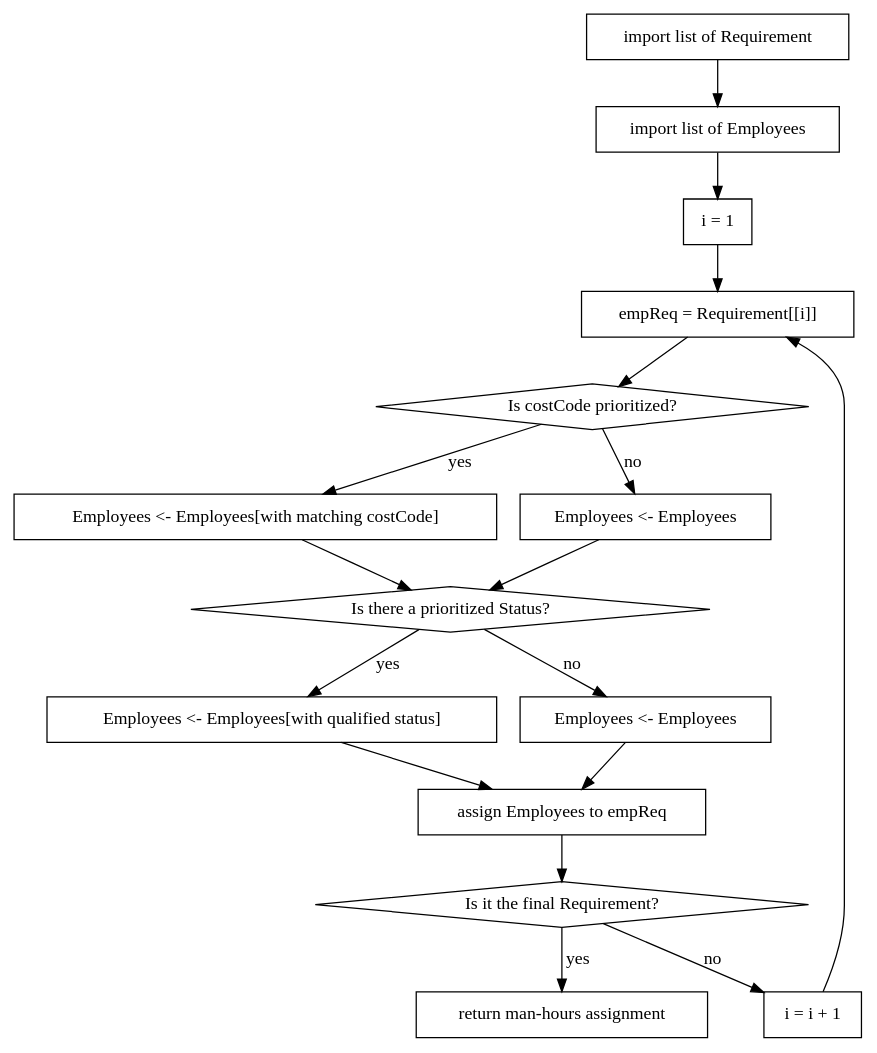
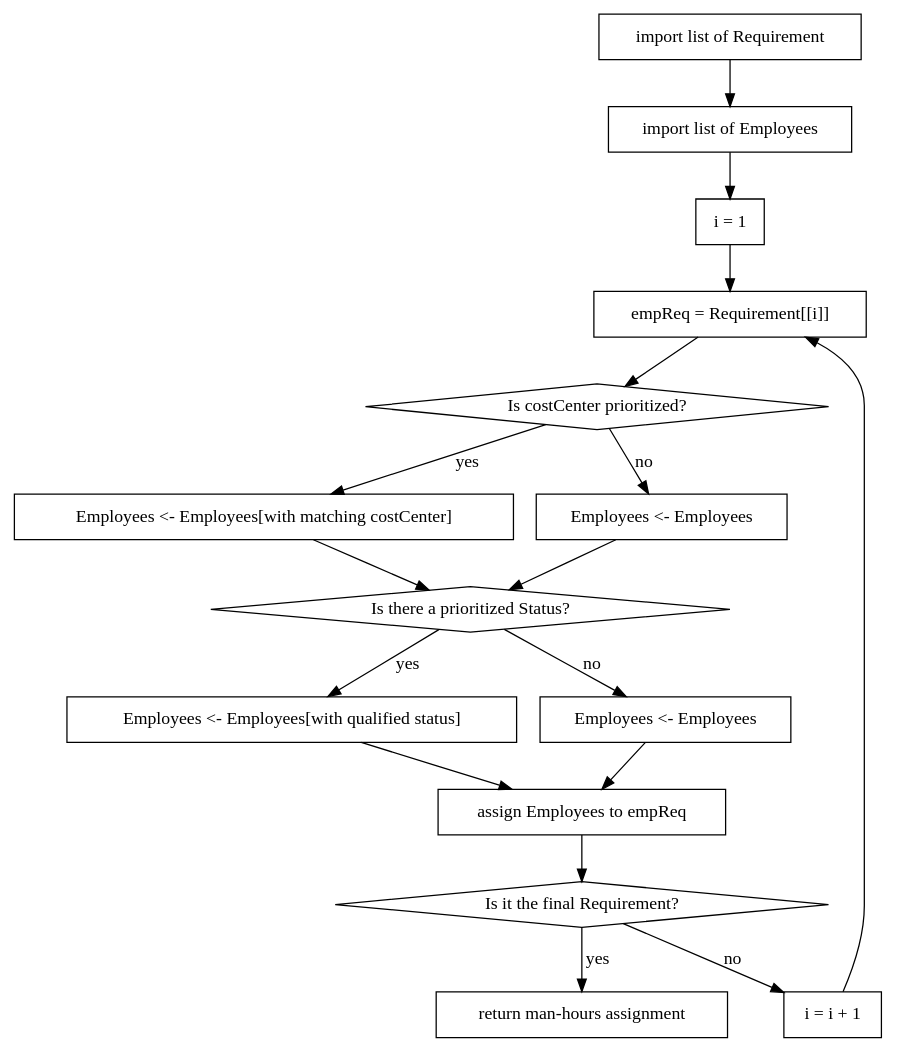
The diagram in vignettes/flow_assignPool.Rmd (basilrabi/mansched), drawn with Graphviz before and after one commit. The commit also changed 56 other files, not shown here.

First line of the commit message:
rename cost code to cost center

````diff
--- a/vignettes/flow_assignPool.Rmd
+++ b/vignettes/flow_assignPool.Rmd
@@ -13,36 +13,36 @@
 ```{dot, echo=FALSE}
 digraph assignPool {
 
 node [shape = box]
 
   pA [label = "import list of Requirement"]
   pB [label = "import list of Employees"]
   pC [label = "i = 1"]
   pD [label = "empReq = Requirement[[i]]"]
-  pE [label = "Employees <- Employees[with matching costCode]"]
+  pE [label = "Employees <- Employees[with matching costCenter]"]
   pF [label = "Employees <- Employees"]
   pG [label = "Employees <- Employees[with qualified status]"]
   pH [label = "Employees <- Employees"]
   pI [label = "assign Employees to empReq"]
   pJ [label = "return man-hours assignment"]
   pK [label = "i = i + 1"]
   
   
 node [shape = diamond]
 
-  dA [label = "Is costCode prioritized?"]
+  dA [label = "Is costCenter prioritized?"]
   dB [label = "Is there a prioritized Status?"]
   dC [label = "Is it the final Requirement?"]
 
 pA -> pB -> pC -> pD -> dA
 dA -> pE [label = "yes"]
 dA -> pF [label = "no"]
 {pE, pF} -> dB
 dB -> pG [label = "yes"]
 dB -> pH [label = "no"]
 {pG, pH} -> pI -> dC
 dC -> pJ [label = yes]
 dC -> pK [label = no]
 pK -> pD
 }
 ```
````
